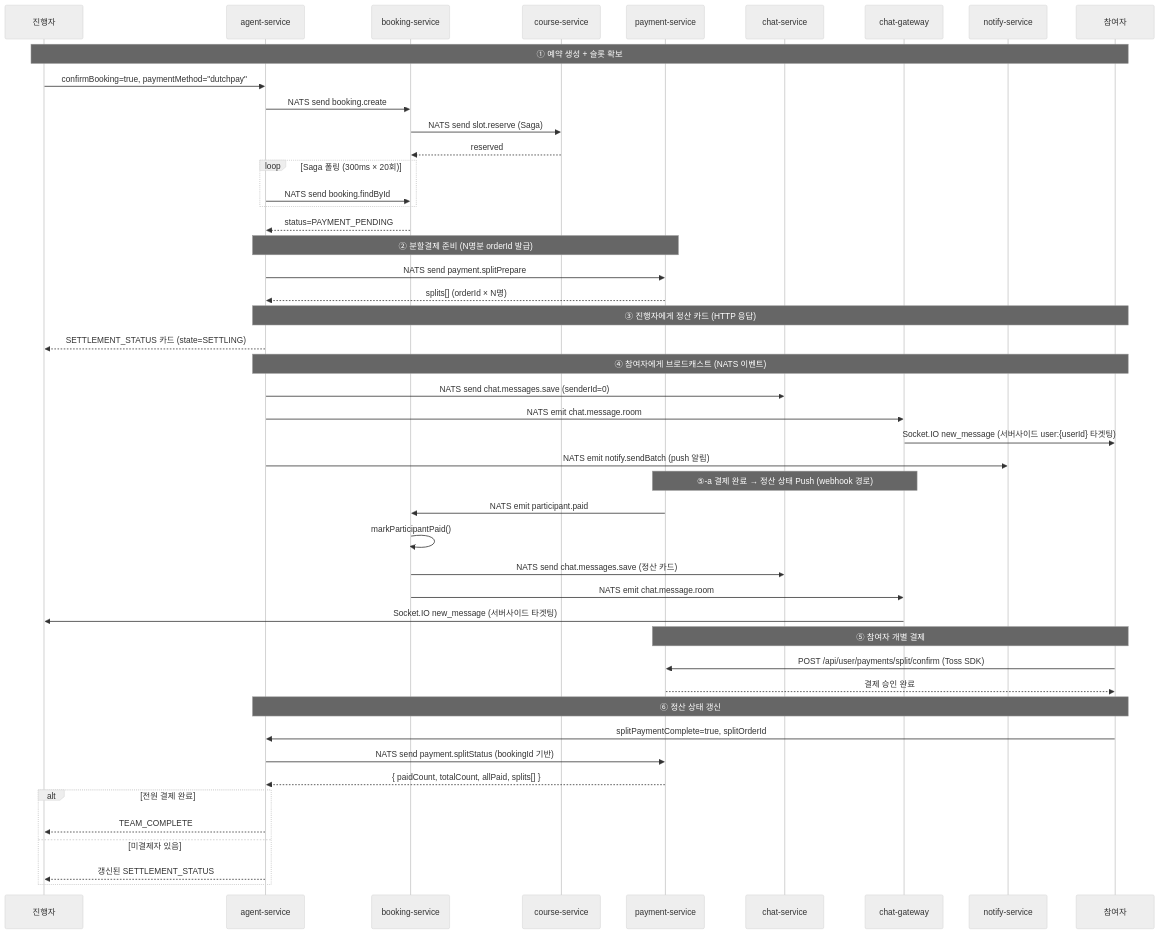
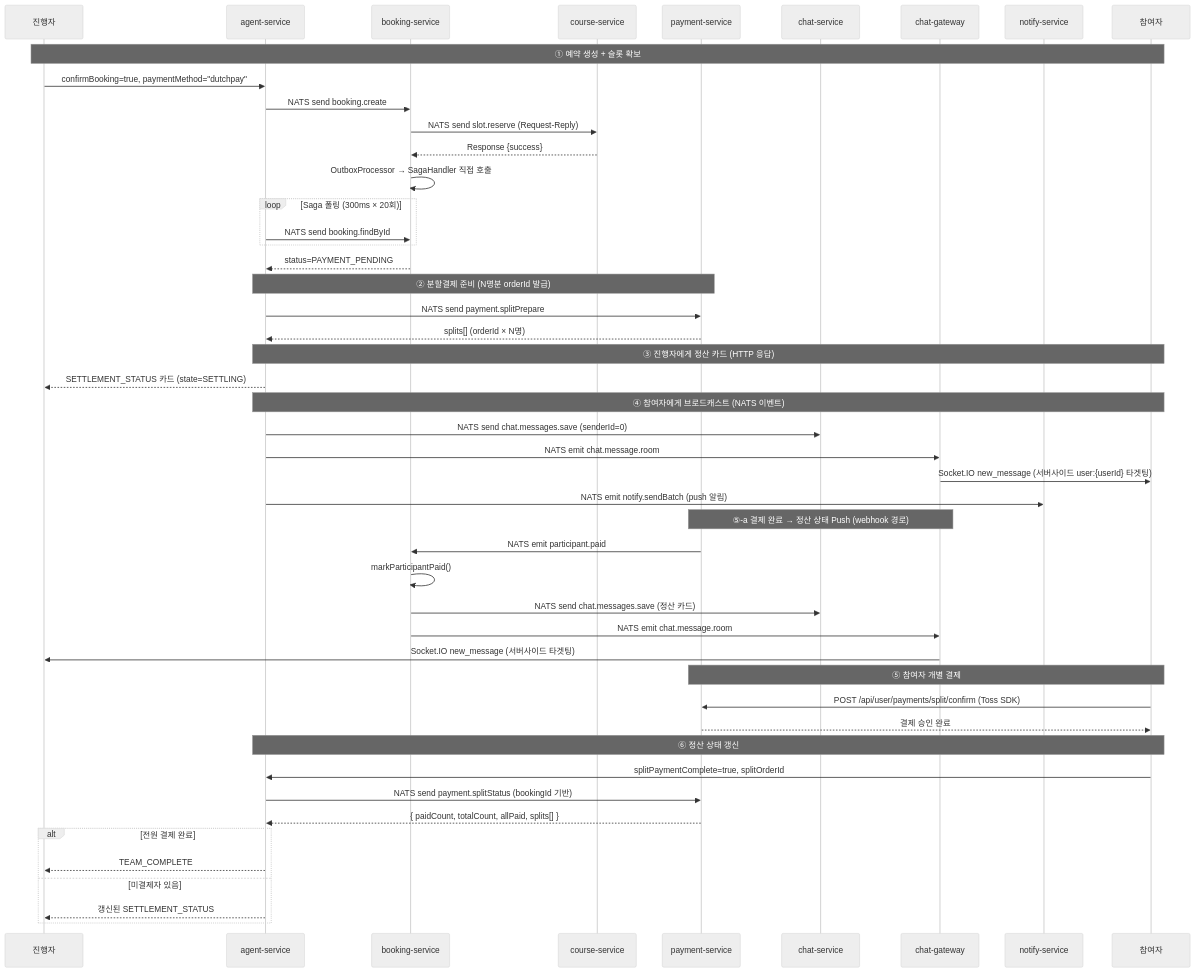
One commit to uniyous/parkgolf-platform changed the third of 3 diagrams in docs/workflow/AGENT.md. Above: the diagram before and after it, drawn with Mermaid (neutral theme). The commit also changed other lines of this file and 5 other files, not shown here.

First line of the commit message:
docs: 제안서 및 워크플로우 문서 업데이트

````diff
--- a/docs/workflow/AGENT.md
+++ b/docs/workflow/AGENT.md
@@ -365,58 +367,59 @@
 ```mermaid
 sequenceDiagram
     participant Booker as 진행자
     participant Agent as agent-service
     participant Book as booking-service
     participant Course as course-service
     participant Pay as payment-service
     participant Chat as chat-service
     participant GW as chat-gateway
     participant Notify as notify-service
     participant P as 참여자
 
     Note over Booker,P: ① 예약 생성 + 슬롯 확보
     Booker->>Agent: confirmBooking=true, paymentMethod="dutchpay"
     Agent->>Book: NATS send booking.create
-    Book->>Course: NATS send slot.reserve (Saga)
-    Course-->>Book: reserved
+    Book->>Course: NATS send slot.reserve (Request-Reply)
+    Course-->>Book: Response {success}
+    Book->>Book: OutboxProcessor → SagaHandler 직접 호출
 
     loop Saga 폴링 (300ms × 20회)
         Agent->>Book: NATS send booking.findById
     end
     Book-->>Agent: status=PAYMENT_PENDING
 
     Note over Agent,Pay: ② 분할결제 준비 (N명분 orderId 발급)
     Agent->>Pay: NATS send payment.splitPrepare
     Pay-->>Agent: splits[] (orderId × N명)
 
     Note over Agent,P: ③ 진행자에게 정산 카드 (HTTP 응답)
     Agent-->>Booker: SETTLEMENT_STATUS 카드 (state=SETTLING)
 
     Note over Agent,P: ④ 참여자에게 브로드캐스트 (NATS 이벤트)
     Agent->>Chat: NATS send chat.messages.save (senderId=0)
     Agent->>GW: NATS emit chat.message.room
     GW->>P: Socket.IO new_message (서버사이드 user:{userId} 타겟팅)
     Agent->>Notify: NATS emit notify.sendBatch (push 알림)
 
     Note over Pay,GW: ⑤-a 결제 완료 → 정산 상태 Push (webhook 경로)
     Pay->>Book: NATS emit participant.paid
     Book->>Book: markParticipantPaid()
     Book->>Chat: NATS send chat.messages.save (정산 카드)
     Book->>GW: NATS emit chat.message.room
     GW->>Booker: Socket.IO new_message (서버사이드 타겟팅)
 
     Note over P,Pay: ⑤ 참여자 개별 결제
     P->>Pay: POST /api/user/payments/split/confirm (Toss SDK)
     Pay-->>P: 결제 승인 완료
 
     Note over P,Agent: ⑥ 정산 상태 갱신
     P->>Agent: splitPaymentComplete=true, splitOrderId
     Agent->>Pay: NATS send payment.splitStatus (bookingId 기반)
     Pay-->>Agent: { paidCount, totalCount, allPaid, splits[] }
 
     alt 전원 결제 완료
         Agent-->>Booker: TEAM_COMPLETE
     else 미결제자 있음
         Agent-->>Booker: 갱신된 SETTLEMENT_STATUS
     end
 ```
````
